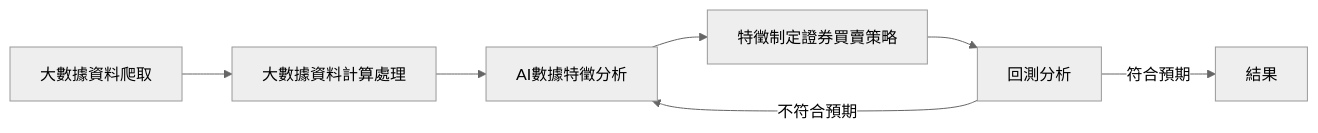
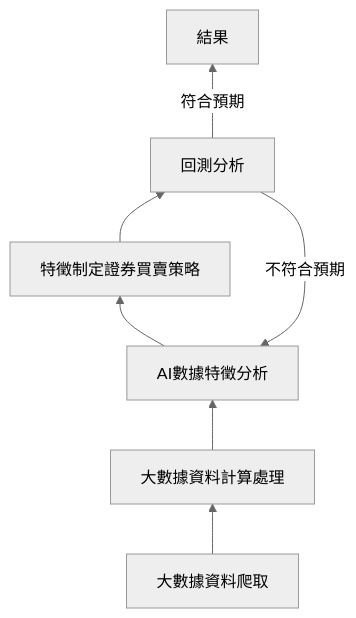
The diagram in README.md (jamie-commander/Get-stock-data-and-calculate), drawn with Mermaid (neutral theme) before and after one commit.

````diff
--- a/README.md
+++ b/README.md
@@ -45,9 +45,9 @@
 ```mermaid
-        graph LR
+        graph BT
         Big_Data_Catch[大數據資料爬取] --> Calc[大數據資料計算處理]
         Calc --> Analysis[AI數據特徵分析]
         Analysis --> feature[特徵制定證券買賣策略]
         feature --> backtrader[回測分析]
         backtrader -- 符合預期 --> result[結果]
         backtrader -- 不符合預期 --> Analysis
 ```
````
